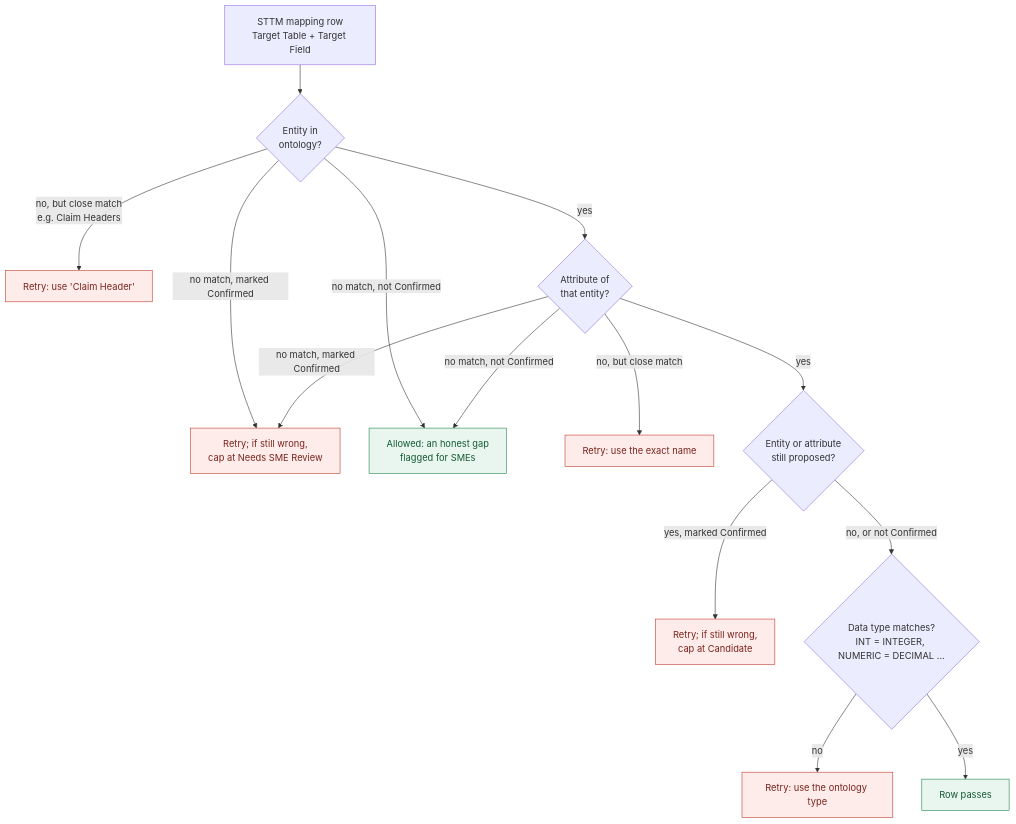
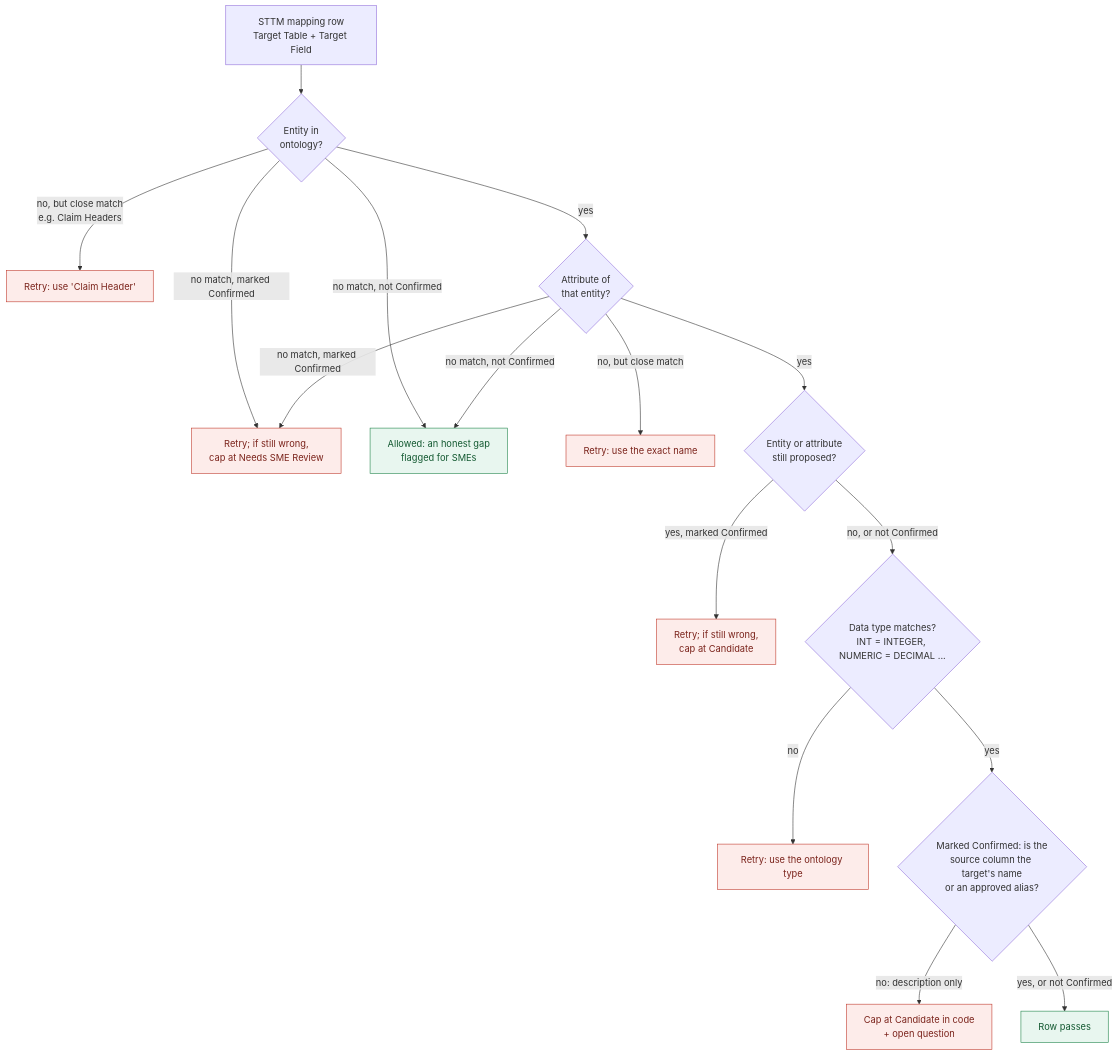
The ninth of 11 diagrams in ontology.md (oterademoacrisure/P_Backend_FastAPI_Azure), drawn with Mermaid before and after one commit. The commit also changed other lines of this file, not shown here.

````diff
--- a/ontology.md
+++ b/ontology.md
@@ -562,21 +656,23 @@
 ```mermaid
 flowchart TD
     A["STTM mapping row<br/>Target Table + Target Field"] --> B{"Entity in<br/>ontology?"}
     B -- "no, but close match<br/>e.g. Claim Headers" --> X1["Retry: use 'Claim Header'"]
     B -- "no match, marked Confirmed" --> X2["Retry; if still wrong,<br/>cap at Needs SME Review"]
     B -- "no match, not Confirmed" --> OK1["Allowed: an honest gap<br/>flagged for SMEs"]
     B -- yes --> C{"Attribute of<br/>that entity?"}
     C -- "no, but close match" --> X3["Retry: use the exact name"]
     C -- "no match, marked Confirmed" --> X2
     C -- "no match, not Confirmed" --> OK1
     C -- yes --> D{"Entity or attribute<br/>still proposed?"}
     D -- "yes, marked Confirmed" --> X4["Retry; if still wrong,<br/>cap at Candidate"]
     D -- "no, or not Confirmed" --> E{"Data type matches?<br/>INT = INTEGER, NUMERIC = DECIMAL ..."}
     E -- no --> X5["Retry: use the ontology type"]
-    E -- yes --> OK2["Row passes"]
+    E -- yes --> F{"Marked Confirmed: is the<br/>source column the target's name<br/>or an approved alias?"}
+    F -- "no: description only" --> X6["Cap at Candidate in code<br/>+ open question"]
+    F -- "yes, or not Confirmed" --> OK2["Row passes"]
 
     classDef bad fill:#fdecea,stroke:#c0392b,color:#7b241c;
     classDef good fill:#e8f6ef,stroke:#1e8449,color:#145a32;
-    class X1,X2,X3,X4,X5 bad;
+    class X1,X2,X3,X4,X5,X6 bad;
     class OK1,OK2 good;
 ```
````
